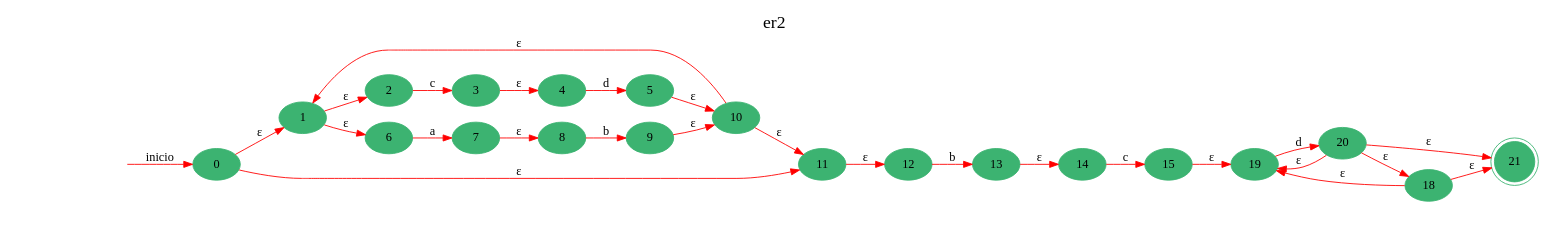
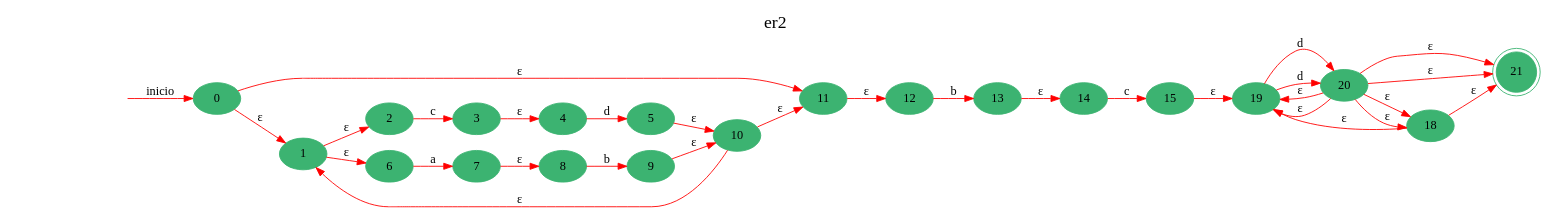
The diagram in bin/Debug/er2.dot (jmansilla-2014056/OCL1_1S_2019_201709396), drawn with Graphviz before and after one commit. The commit also changed 67 other files, not shown here.

```diff
--- a/bin/Debug/er2.dot
+++ b/bin/Debug/er2.dot
@@ -1,35 +1,39 @@
 digraph er2 {
 	rankdir=LR;
 	graph [label="er2", labelloc=t, fontsize=20]; 
 	node [style = filled,color = mediumseagreen]; 0 1 2 3 4 5 6 7 8 9 10 11 12 13 14 15 19 20 18 19 20 21;
 	node [shape=circle];
 	node [color=midnightblue,fontcolor=white];
 	edge [color=red];
 	secret_node [style=invis];
 	secret_node -> 0 [label="inicio"];
 	0 -> 1 [label="ε"];
 	0 -> 11 [label="ε"];
 	1 -> 6 [label="ε"];
 	1 -> 2 [label="ε"];
 	2 -> 3 [label="c"];
 	3 -> 4 [label="ε"];
 	4 -> 5 [label="d"];
 	5 -> 10 [label="ε"];
 	6 -> 7 [label="a"];
 	7 -> 8 [label="ε"];
 	8 -> 9 [label="b"];
 	9 -> 10 [label="ε"];
 	10 -> 1 [label="ε"];
 	10 -> 11 [label="ε"];
 	11 -> 12 [label="ε"];
 	12 -> 13 [label="b"];
 	13 -> 14 [label="ε"];
 	14 -> 15 [label="c"];
 	15 -> 19 [label="ε"];
 	19 -> 20 [label="d"];
 	20 -> 19 [label="ε"];
 	20 -> 21 [label="ε"];
 	20 -> 18 [label="ε"];
 	18 -> 19 [label="ε"];
 	18 -> 21 [label="ε"];
+	19 -> 20 [label="d"];
+	20 -> 19 [label="ε"];
+	20 -> 21 [label="ε"];
+	20 -> 18 [label="ε"];
 21[shape=doublecircle]}
```
